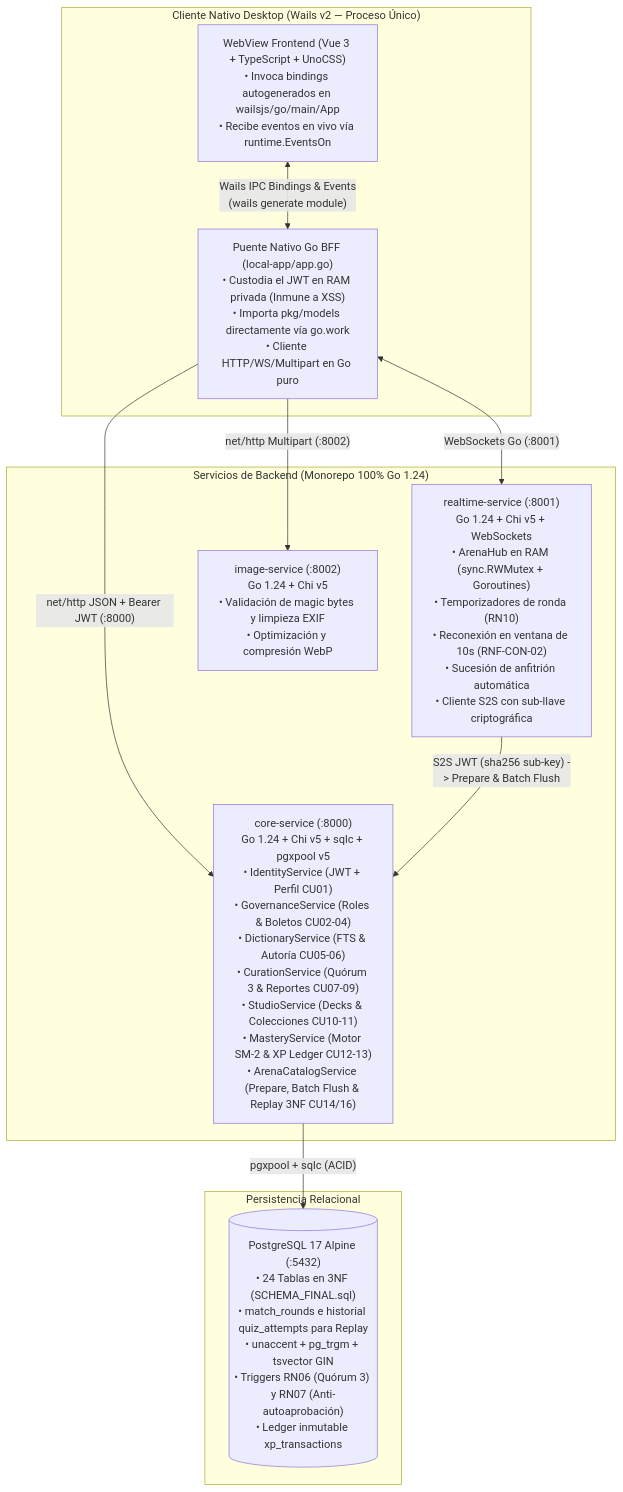
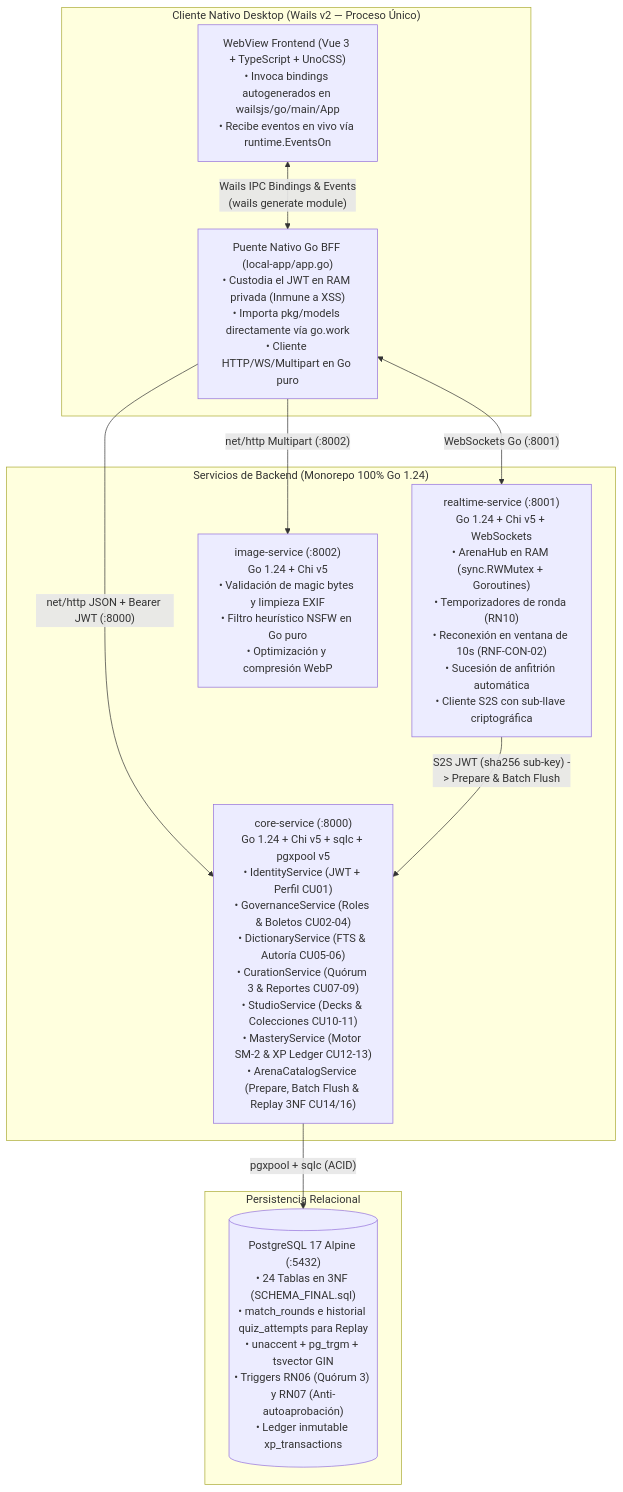
One commit to OGShawnLee/palabrario changed the diagram in .context/CONTEXT.md. Above: the diagram before and after it, drawn with Mermaid. The commit also changed other lines of this file and 5 other files, not shown here.

````diff
--- a/.context/CONTEXT.md
+++ b/.context/CONTEXT.md
@@ -45,25 +45,25 @@
 ```mermaid
 flowchart TD
     subgraph Desktop["Cliente Nativo Desktop (Wails v2 — Proceso Único)"]
         VueUI["WebView Frontend (Vue 3 + TypeScript + UnoCSS)\n• Invoca bindings autogenerados en wailsjs/go/main/App\n• Recibe eventos en vivo vía runtime.EventsOn"]
         WailsGo["Puente Nativo Go BFF (local-app/app.go)\n• Custodia el JWT en RAM privada (Inmune a XSS)\n• Importa pkg/models directamente vía go.work\n• Cliente HTTP/WS/Multipart en Go puro"]
         VueUI <-->|"Wails IPC Bindings & Events\n(wails generate module)"| WailsGo
     end
 
     subgraph BackendGo["Servicios de Backend (Monorepo 100% Go 1.24)"]
         Core["core-service (:8000)\nGo 1.24 + Chi v5 + sqlc + pgxpool v5\n• IdentityService (JWT + Perfil CU01)\n• GovernanceService (Roles & Boletos CU02-04)\n• DictionaryService (FTS & Autoría CU05-06)\n• CurationService (Quórum 3 & Reportes CU07-09)\n• StudioService (Decks & Colecciones CU10-11)\n• MasteryService (Motor SM-2 & XP Ledger CU12-13)\n• ArenaCatalogService (Prepare, Batch Flush & Replay 3NF CU14/16)"]
         Realtime["realtime-service (:8001)\nGo 1.24 + Chi v5 + WebSockets\n• ArenaHub en RAM (sync.RWMutex + Goroutines)\n• Temporizadores de ronda (RN10)\n• Reconexión en ventana de 10s (RNF-CON-02)\n• Sucesión de anfitrión automática\n• Cliente S2S con sub-llave criptográfica"]
-        ImageSvc["image-service (:8002)\nGo 1.24 + Chi v5\n• Validación de magic bytes y limpieza EXIF\n• Optimización y compresión WebP"]
+        ImageSvc["image-service (:8002)\nGo 1.24 + Chi v5\n• Validación de magic bytes y limpieza EXIF\n• Filtro heurístico NSFW en Go puro\n• Optimización y compresión WebP"]
     end
 
     subgraph Datos["Persistencia Relacional"]
         Postgres[("PostgreSQL 17 Alpine (:5432)\n• 24 Tablas en 3NF (SCHEMA_FINAL.sql)\n• match_rounds e historial quiz_attempts para Replay\n• unaccent + pg_trgm + tsvector GIN\n• Triggers RN06 (Quórum 3) y RN07 (Anti-autoaprobación)\n• Ledger inmutable xp_transactions")]
     end
 
     WailsGo -->|"net/http JSON + Bearer JWT (:8000)"| Core
     WailsGo <-->|"WebSockets Go (:8001)"| Realtime
     WailsGo -->|"net/http Multipart (:8002)"| ImageSvc
 
     Core -->|"pgxpool + sqlc (ACID)"| Postgres
     Realtime -->|"S2S JWT (sha256 sub-key) -> Prepare & Batch Flush"| Core
 ```
````
